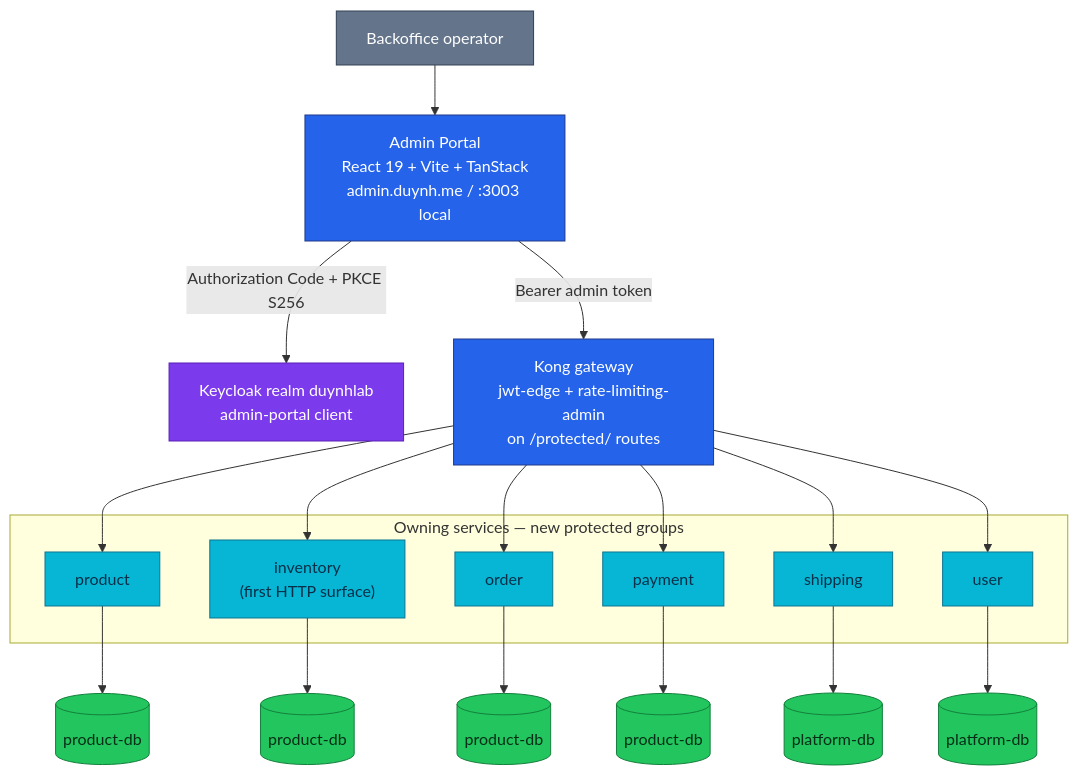
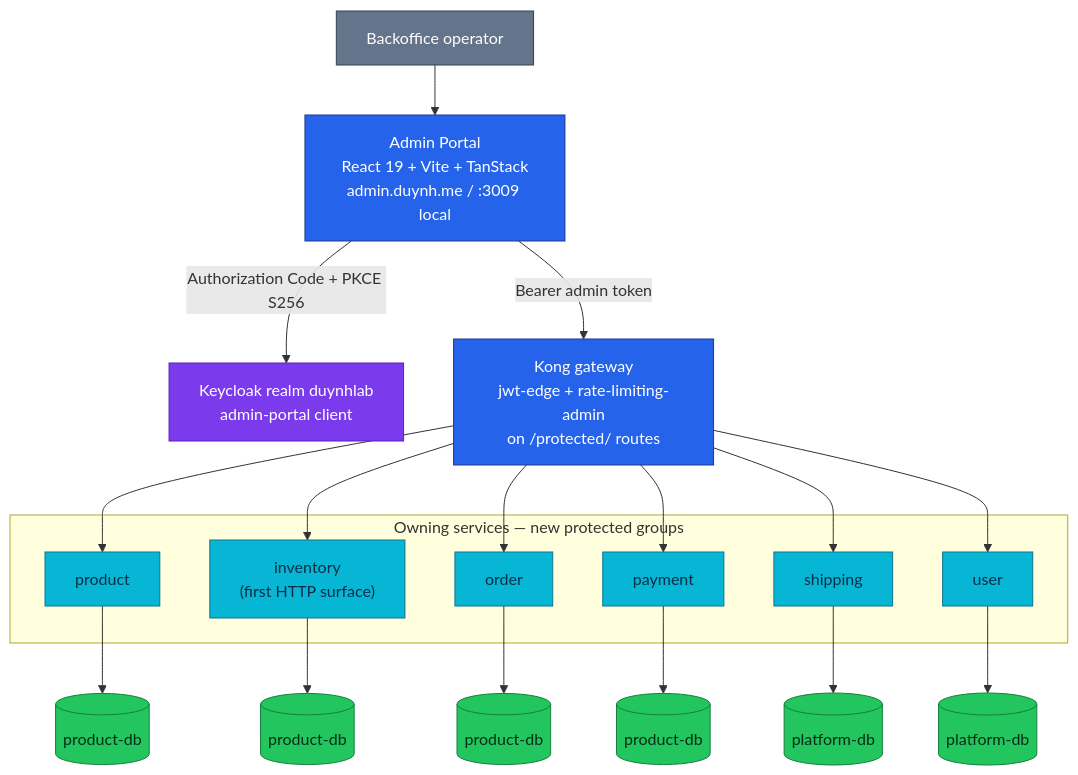
The diagram in docs/proposals/rfc/RFC-0023/README.md (duynhlab/homelab), drawn with Mermaid before and after one commit. The commit also changed other lines of this file and 1 other file, not shown here.

````diff
--- a/docs/proposals/rfc/RFC-0023/README.md
+++ b/docs/proposals/rfc/RFC-0023/README.md
@@ -239,34 +241,34 @@
 ```mermaid
 flowchart TB
-    Operator["Backoffice operator"] --> Portal["Admin Portal<br/>React 19 + Vite + TanStack<br/>admin.duynh.me / :3003 local"]
+    Operator["Backoffice operator"] --> Portal["Admin Portal<br/>React 19 + Vite + TanStack<br/>admin.duynh.me / :3009 local"]
     Portal -->|"Authorization Code + PKCE S256"| Keycloak["Keycloak realm duynhlab<br/>admin-portal client"]
     Portal -->|"Bearer admin token"| Kong["Kong gateway<br/>jwt-edge + rate-limiting-admin<br/>on /protected/ routes"]
 
     subgraph Services["Owning services — new protected groups"]
         Product["product"]
         Inventory["inventory<br/>(first HTTP surface)"]
         Order["order"]
         Payment["payment"]
         Shipping["shipping"]
         User["user"]
     end
 
     Kong --> Product & Inventory & Order & Payment & Shipping & User
     Product --> PDB[("product-db")]
     Inventory --> IDB[("product-db")]
     Order --> ODB[("product-db")]
     Payment --> PayDB[("product-db")]
     Shipping --> SDB[("platform-db")]
     User --> UDB[("platform-db")]
 
     classDef edge fill:#2563eb,color:#fff,stroke:#1e3a8a;
     classDef service fill:#06b6d4,color:#082f49,stroke:#0e7490;
     classDef platform fill:#7c3aed,color:#fff,stroke:#5b21b6;
     classDef data fill:#22c55e,color:#052e16,stroke:#15803d;
     classDef external fill:#64748b,color:#fff,stroke:#334155;
     class Operator external;
     class Portal,Kong edge;
     class Keycloak platform;
     class Product,Inventory,Order,Payment,Shipping,User service;
     class PDB,IDB,ODB,PayDB,SDB,UDB data;
 ```
````
